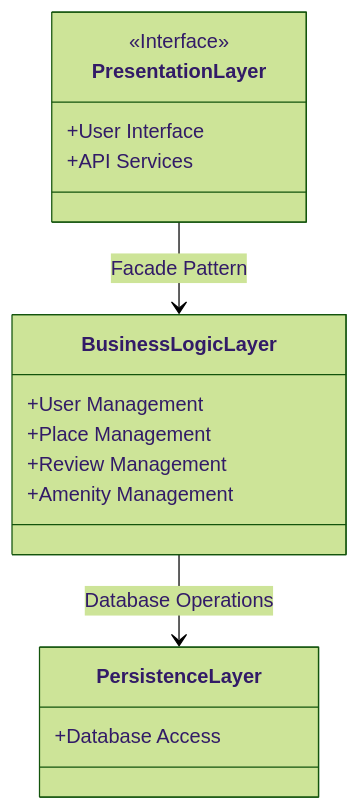
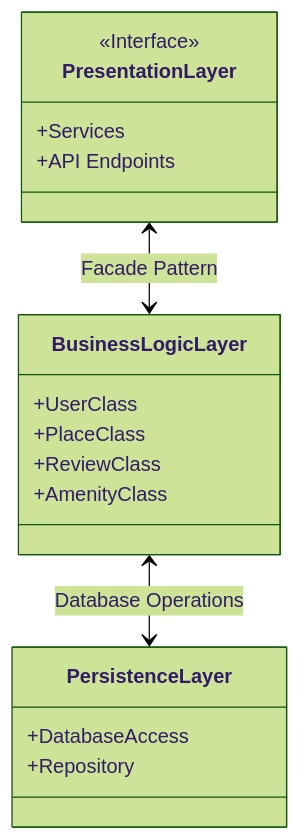
The diagram in package_diagram.md (JulieRaph/holbertonschool-hbnb), drawn with Mermaid (forest theme) before and after one commit.

Commit message:
Refactor package diagram to enhance clarity and update class names

````diff
--- a/package_diagram.md
+++ b/package_diagram.md
@@ -5,19 +5,20 @@
 ```mermaid
 classDiagram
 class PresentationLayer {
     <<Interface>>
-    +User Interface
-    +API Services
+    +Services
+    +API Endpoints
 }
 class BusinessLogicLayer {
-    +User Management
-    +Place Management
-    +Review Management
-    +Amenity Management
+    +UserClass
+    +PlaceClass
+    +ReviewClass
+    +AmenityClass
 }
 class PersistenceLayer {
-    +Database Access
+    +DatabaseAccess
+    +Repository
 }
-PresentationLayer --> BusinessLogicLayer : Facade Pattern
-BusinessLogicLayer --> PersistenceLayer : Database Operations
+PresentationLayer <--> BusinessLogicLayer : Facade Pattern
+BusinessLogicLayer <--> PersistenceLayer : Database Operations
 ```
````
